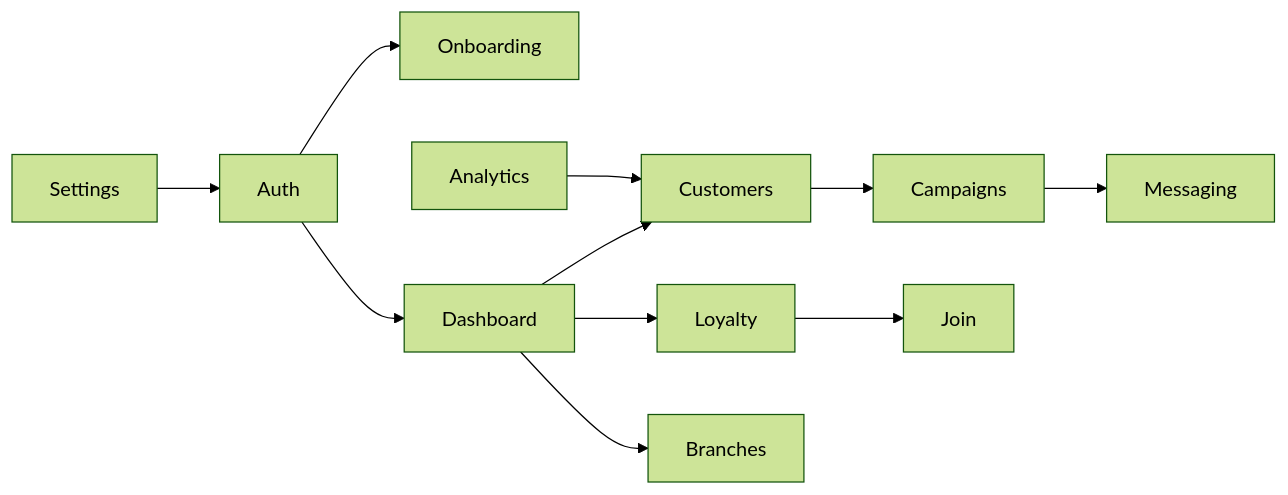
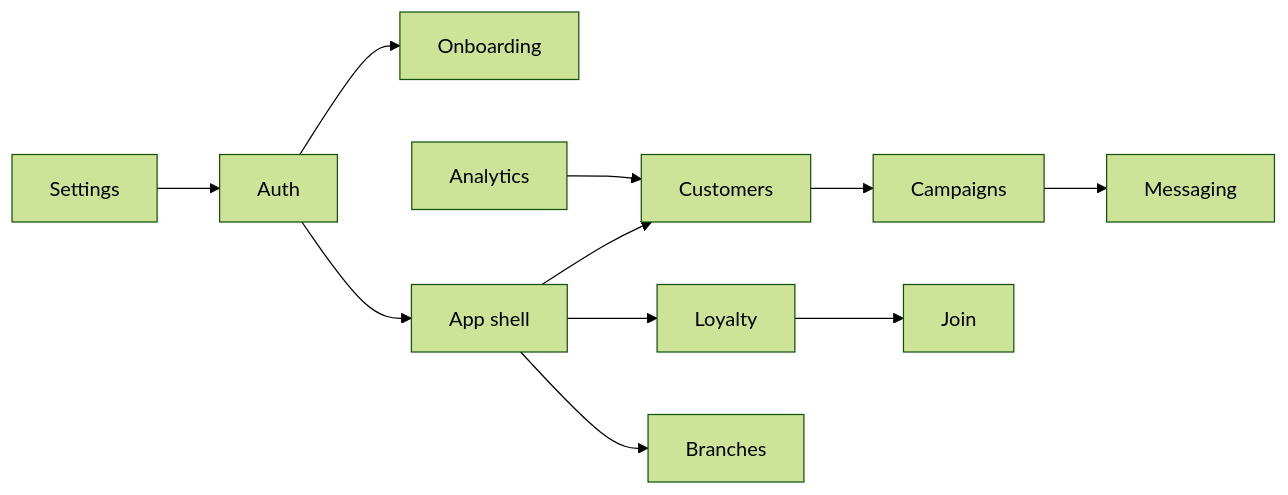
Before and after one commit to Ali-sherif/loyollo-web: the diagram in docs/frontend/03-frontend-domains.md, drawn with Mermaid (forest theme). The commit also changed other lines of this file and 10 other files, not shown here.

Commit message:
docs: approve production route map and update architecture documentation to reflect finalized routing decisions, including restructuring for Next.js migration

````diff
--- a/docs/frontend/03-frontend-domains.md
+++ b/docs/frontend/03-frontend-domains.md
@@ -17,13 +20,13 @@
 ```mermaid
 flowchart LR
   Auth --> Onboarding
-  Auth --> Dashboard
-  Dashboard --> Customers
-  Dashboard --> Loyalty
-  Dashboard --> Branches
+  Auth --> AppShell[App shell]
+  AppShell --> Customers
+  AppShell --> Loyalty
+  AppShell --> Branches
   Customers --> Campaigns
   Loyalty --> Join
   Campaigns --> Messaging
   Settings --> Auth
   Analytics --> Customers
 ```
````
